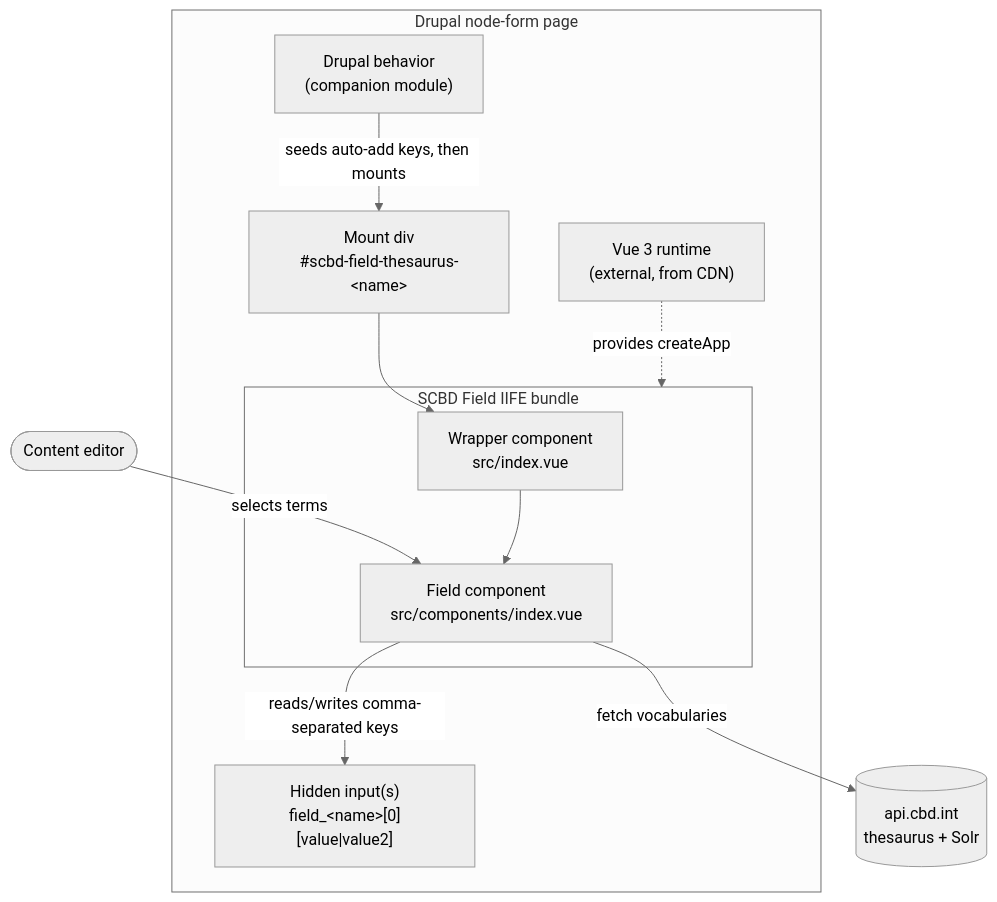
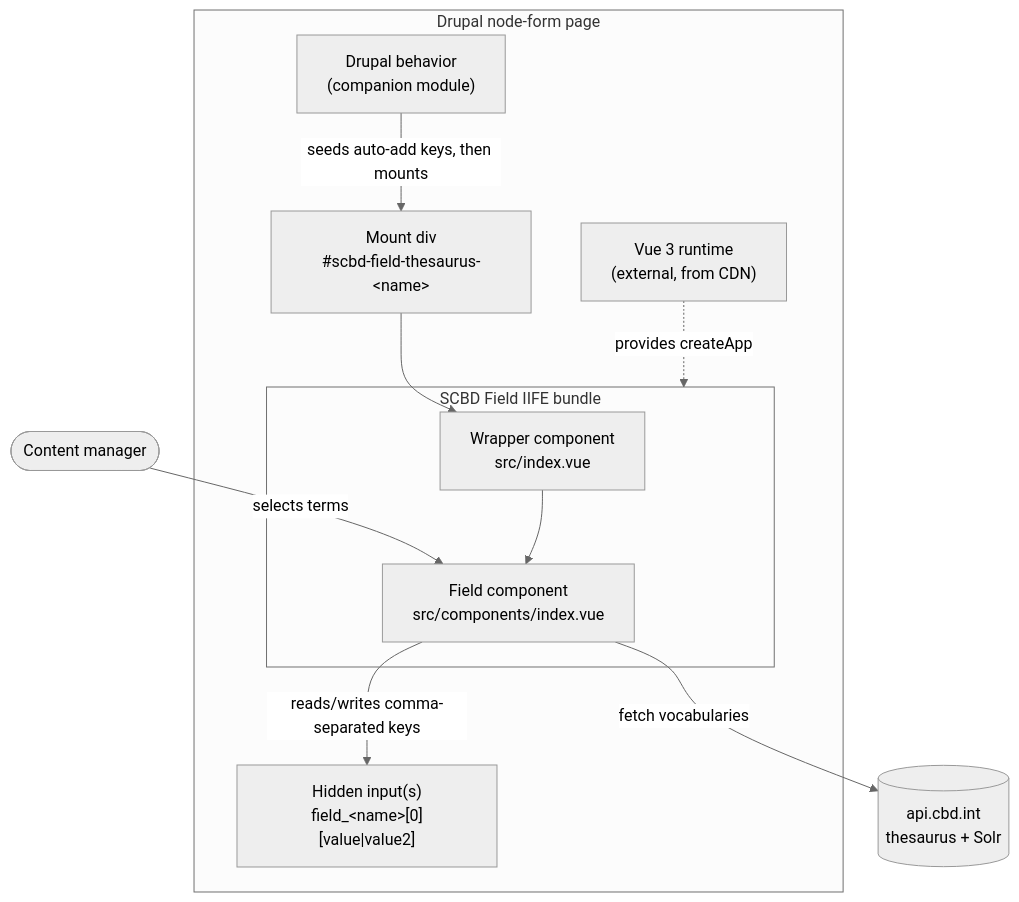
One commit to scbd/drupal-module-scbd-field-js changed the second of 8 diagrams in docs/architectural-plan.md. Above: the diagram before and after it, drawn with Mermaid (neutral theme). The commit also changed other lines of this file and 3 other files, not shown here.

````diff
--- a/docs/architectural-plan.md
+++ b/docs/architectural-plan.md
@@ -148,21 +148,21 @@
 ```mermaid
 flowchart TB
-  editor([Content editor])
+  editor([Content manager])
   subgraph page [Drupal node-form page]
     behavior["Drupal behavior<br/>(companion module)"]
     input["Hidden input(s)<br/>field_&lt;name&gt;[0][value|value2]"]
     mount["Mount div<br/>#scbd-field-thesaurus-&lt;name&gt;"]
     vue["Vue 3 runtime<br/>(external, from CDN)"]
     subgraph bundle [SCBD Field IIFE bundle]
       wrapper["Wrapper component<br/>src/index.vue"]
       inner["Field component<br/>src/components/index.vue"]
     end
   end
   cbd[(api.cbd.int<br/>thesaurus + Solr)]
   editor -->|selects terms| inner
   behavior -->|seeds auto-add keys, then mounts| mount
   mount --> wrapper --> inner
   inner -->|reads/writes comma-separated keys| input
   inner -->|fetch vocabularies| cbd
   vue -.provides createApp.-> bundle
 ```
````
